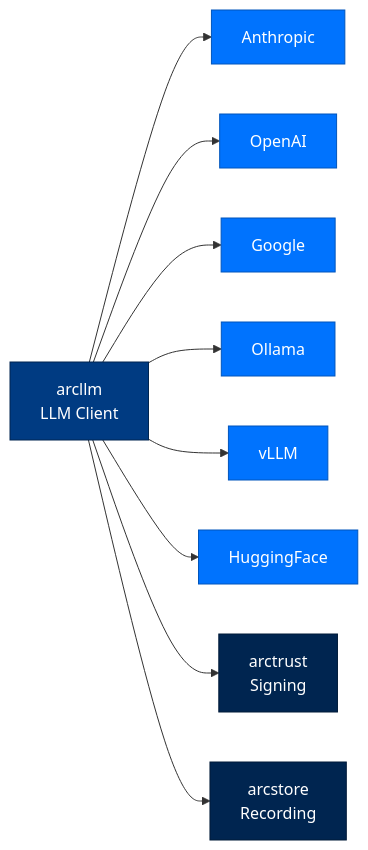
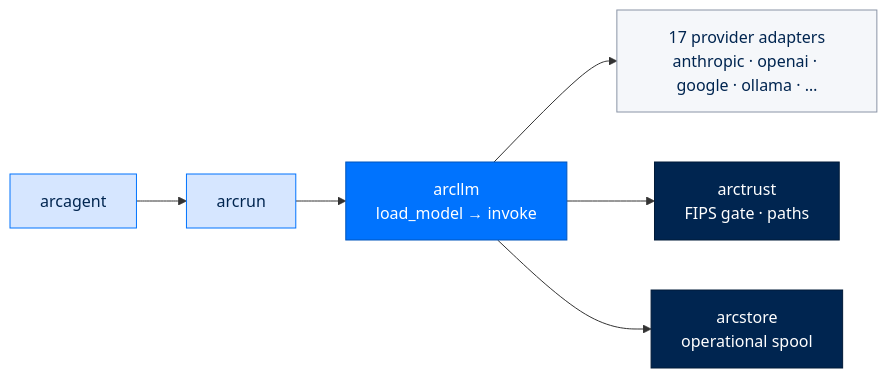
The diagram in docs/building/packages/arcllm.md (joshuamschultz/Arc), drawn with Mermaid before and after one commit. The commit also changed other lines of this file and 7 other files, not shown here.

````diff
--- a/docs/building/packages/arcllm.md
+++ b/docs/building/packages/arcllm.md
@@ -18,16 +20,13 @@
 ```mermaid
 flowchart LR
-    classDef llm fill:#003B82,stroke:#002550,color:#FFFFFF
-    classDef prov fill:#0073FE,stroke:#0055BC,color:#FFFFFF
-    classDef trust fill:#002550,stroke:#001A38,color:#FFFFFF
+    classDef top fill:#D6E6FF,stroke:#0073FE,color:#002550
+    classDef llm fill:#0073FE,stroke:#0055BC,color:#FFFFFF
+    classDef prov fill:#F5F7FA,stroke:#8A94A6,color:#002550
+    classDef leaf fill:#002550,stroke:#001A38,color:#FFFFFF
 
-    arcllm[arcllm<br/>LLM Client]:::llm --> Anthropic[Anthropic]:::prov
-    arcllm --> OpenAI[OpenAI]:::prov
-    arcllm --> Google[Google]:::prov
-    arcllm --> Ollama[Ollama]:::prov
-    arcllm --> vLLM[vLLM]:::prov
-    arcllm --> HuggingFace[HuggingFace]:::prov
-    
-    arcllm --> arctrust[arctrust<br/>Signing]:::trust
-    arcllm --> arcstore[arcstore<br/>Recording]:::trust
+    arcagent[arcagent]:::top --> arcrun[arcrun]:::top
+    arcrun --> arcllm[arcllm<br/>load_model → invoke]:::llm
+    arcllm --> P[17 provider adapters<br/>anthropic · openai · google · ollama · …]:::prov
+    arcllm --> trust[arctrust<br/>FIPS gate · paths]:::leaf
+    arcllm --> store[arcstore<br/>operational spool]:::leaf
 ```
````
